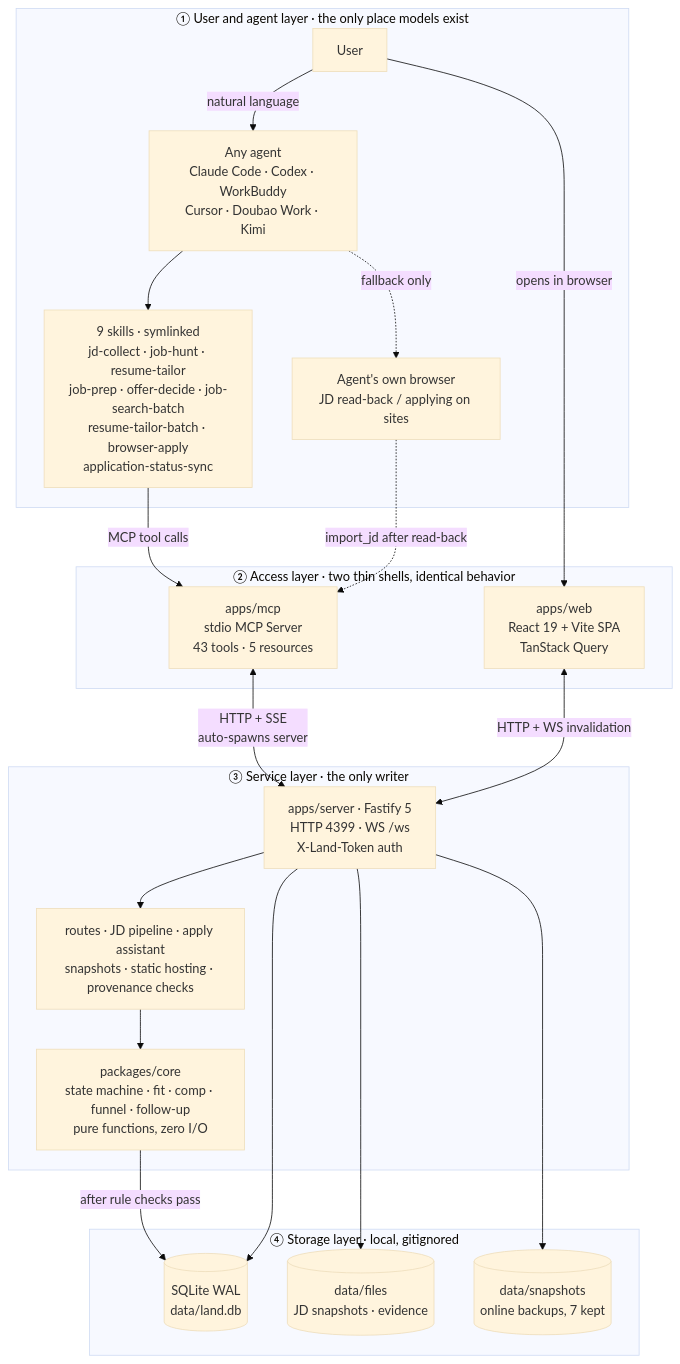
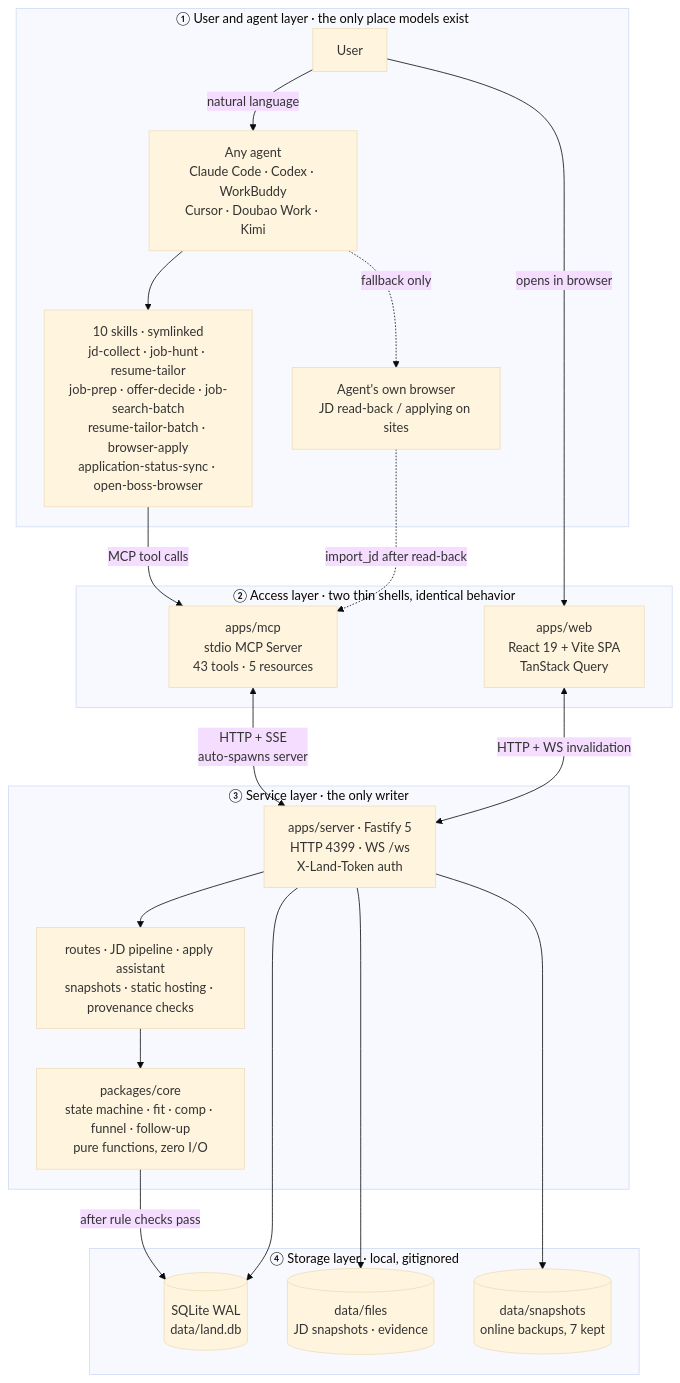
One commit to Dada-liu/land-a-job changed the first of 6 diagrams in README.md. Above: the diagram before and after it, drawn with Mermaid (base theme). The commit also changed other lines of this file and 15 other files, not shown here.

First line of the commit message:
feat(skills): 新增第 10 个 Skill open-boss-browser

````diff
--- a/README.md
+++ b/README.md
@@ -417,41 +419,41 @@
 ```mermaid
 flowchart TB
   subgraph A["① User and agent layer · the only place models exist"]
     USER["User"]
     AGENT["Any agent<br/>Claude Code · Codex · WorkBuddy<br/>Cursor · Doubao Work · Kimi"]
-    SKILLS["9 skills · symlinked<br/>jd-collect · job-hunt · resume-tailor<br/>job-prep · offer-decide · job-search-batch<br/>resume-tailor-batch · browser-apply<br/>application-status-sync"]
+    SKILLS["10 skills · symlinked<br/>jd-collect · job-hunt · resume-tailor<br/>job-prep · offer-decide · job-search-batch<br/>resume-tailor-batch · browser-apply<br/>application-status-sync · open-boss-browser"]
     AGBROWSER["Agent's own browser<br/>JD read-back / applying on sites"]
     USER -->|"natural language"| AGENT
     AGENT --> SKILLS
     AGENT -.->|"fallback only"| AGBROWSER
   end
 
   subgraph B["② Access layer · two thin shells, identical behavior"]
     MCP["apps/mcp<br/>stdio MCP Server<br/>43 tools · 5 resources"]
     WEB["apps/web<br/>React 19 + Vite SPA<br/>TanStack Query"]
   end
 
   subgraph C["③ Service layer · the only writer"]
     API["apps/server · Fastify 5<br/>HTTP 4399 · WS /ws<br/>X-Land-Token auth"]
     MODULES["routes · JD pipeline · apply assistant<br/>snapshots · static hosting · provenance checks"]
     CORE["packages/core<br/>state machine · fit · comp · funnel · follow-up<br/>pure functions, zero I/O"]
   end
 
   subgraph D["④ Storage layer · local, gitignored"]
     DB[("SQLite WAL<br/>data/land.db")]
     FILES[("data/files<br/>JD snapshots · evidence")]
     SNAP[("data/snapshots<br/>online backups, 7 kept")]
   end
 
   USER -->|"opens in browser"| WEB
   SKILLS -->|"MCP tool calls"| MCP
   AGBROWSER -.->|"import_jd after read-back"| MCP
   MCP <-->|"HTTP + SSE<br/>auto-spawns server"| API
   WEB <-->|"HTTP + WS invalidation"| API
   API --> MODULES
   MODULES --> CORE
   CORE -->|"after rule checks pass"| DB
   API --> DB
   API --> FILES
   API --> SNAP
 ```
````
